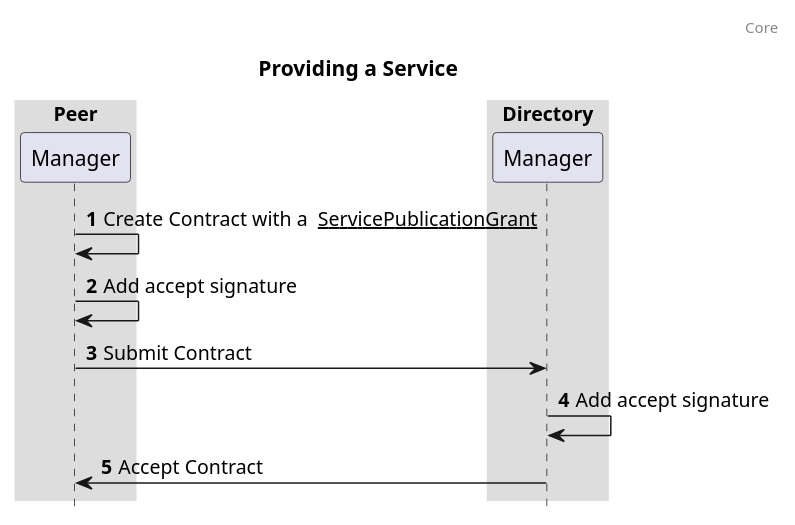
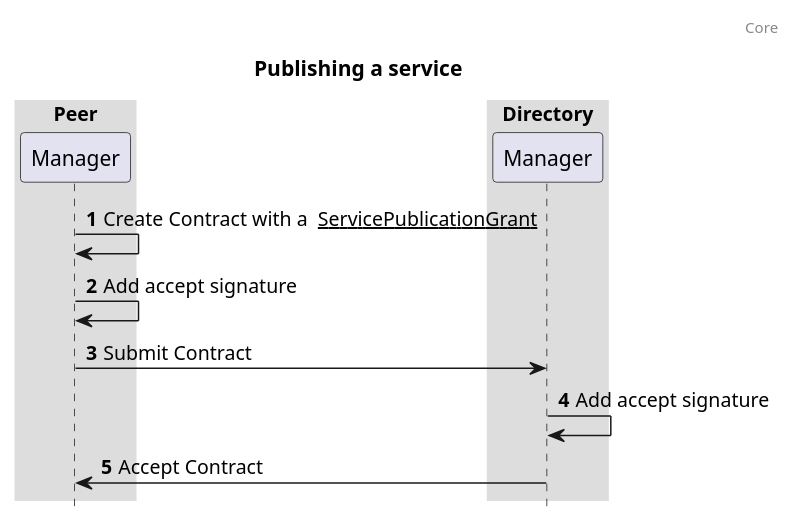
The diagram in media/seq-providing-a-service.puml (Logius-standaarden/fsc-core), drawn with PlantUML before and after one commit. The commit also changed 6 other files, not shown here.

```diff
--- a/media/seq-providing-a-service.puml
+++ b/media/seq-providing-a-service.puml
@@ -1,23 +1,23 @@
 @startuml
 
 autonumber
 header: Core
-title: Providing a Service
+title: Publishing a service
 
 box "Peer"
   participant "Manager" as managerPeer
 end box
 box "Directory"
   participant "Manager" as managerDirectory
 end box
 
 managerPeer -> managerPeer: Create Contract with a  __ServicePublicationGrant__
 managerPeer -> managerPeer: Add accept signature
 managerPeer -> managerDirectory: Submit Contract
 managerDirectory -> managerDirectory: Add accept signature
 managerDirectory -> managerPeer: Accept Contract
 
 skinparam sequenceBoxBorderColor #transparent
 skinparam boxPadding 50
 hide footbox
 @enduml
```
